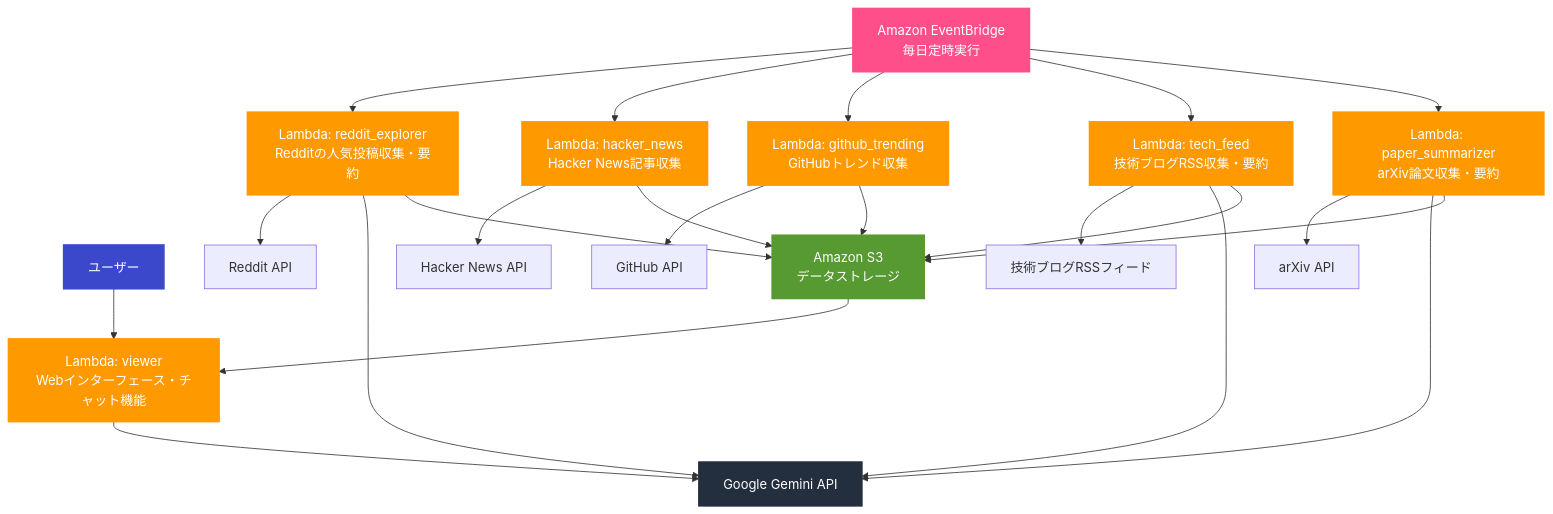
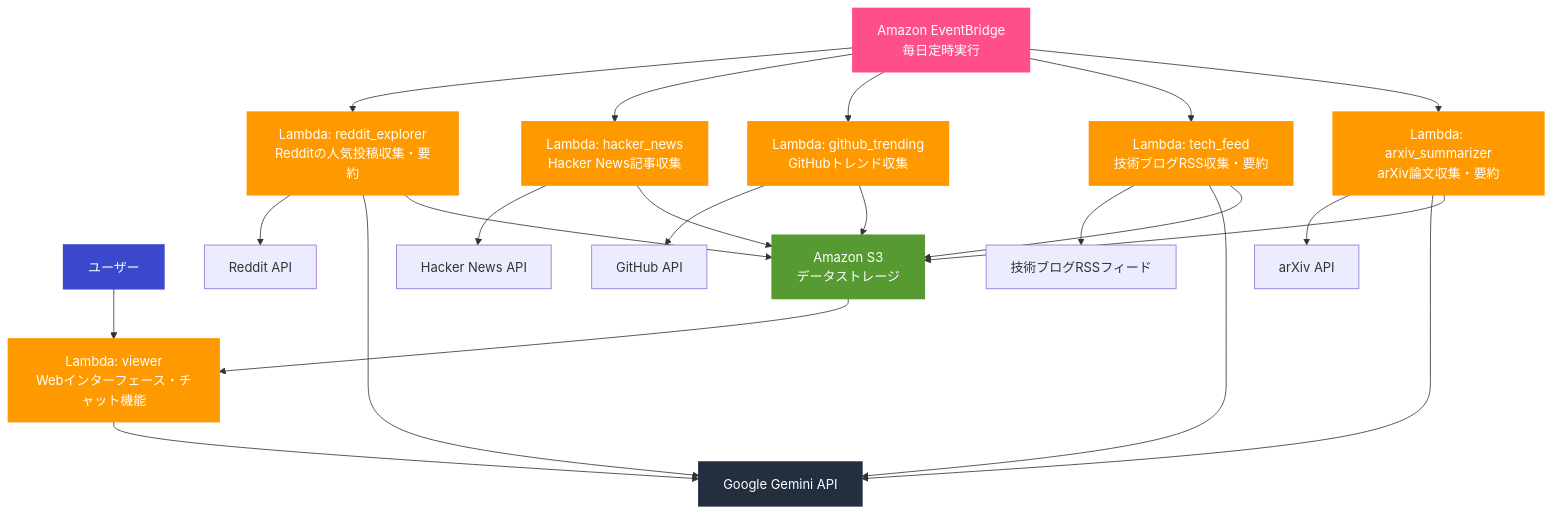
Before and after one commit to penpon/nook: the first of 2 diagrams in doc/detail_software_design.md, drawn with Mermaid. The commit also changed other lines of this file and 9 other files, not shown here.

First line of the commit message:
TASK-045: ArXivサービス名完全統一（paper_summarizer → arxiv_summarizer）

````diff
--- a/doc/detail_software_design.md
+++ b/doc/detail_software_design.md
@@ -34,57 +34,57 @@
 ```mermaid
 graph TD
     %% スタイル定義
     classDef lambdaStyle fill:#FF9900,stroke:#FF9900,stroke-width:2px,color:white;
     classDef s3Style fill:#569A31,stroke:#569A31,stroke-width:2px,color:white;
     classDef eventStyle fill:#FF4F8B,stroke:#FF4F8B,stroke-width:2px,color:white;
     classDef apiStyle fill:#232F3E,stroke:#232F3E,stroke-width:2px,color:white;
     classDef userStyle fill:#3B48CC,stroke:#3B48CC,stroke-width:2px,color:white;
 
     %% ノード定義
     User[ユーザー]:::userStyle
     EventBridge[Amazon EventBridge<br>毎日定時実行]:::eventStyle
     S3[Amazon S3<br>データストレージ]:::s3Style
     GeminiAPI[Google Gemini API]:::apiStyle
 
     %% Lambda関数
     RedditExplorer[Lambda: reddit_explorer<br>Redditの人気投稿収集・要約]:::lambdaStyle
     HackerNews[Lambda: hacker_news<br>Hacker News記事収集]:::lambdaStyle
     GitHubTrending[Lambda: github_trending<br>GitHubトレンド収集]:::lambdaStyle
     TechFeed[Lambda: tech_feed<br>技術ブログRSS収集・要約]:::lambdaStyle
-    PaperSummarizer[Lambda: paper_summarizer<br>arXiv論文収集・要約]:::lambdaStyle
+    ArxivSummarizer[Lambda: arxiv_summarizer<br>arXiv論文収集・要約]:::lambdaStyle
     Viewer[Lambda: viewer<br>Webインターフェース・チャット機能]:::lambdaStyle
 
     %% 外部情報源
     Reddit[Reddit API]
     HNSource[Hacker News API]
     GitHub[GitHub API]
     RSSFeeds[技術ブログRSSフィード]
     ArXiv[arXiv API]
 
     %% 接続関係
     EventBridge --> RedditExplorer
     EventBridge --> HackerNews
     EventBridge --> GitHubTrending
     EventBridge --> TechFeed
-    EventBridge --> PaperSummarizer
+    EventBridge --> ArxivSummarizer
 
     RedditExplorer --> Reddit
     HackerNews --> HNSource
     GitHubTrending --> GitHub
     TechFeed --> RSSFeeds
-    PaperSummarizer --> ArXiv
+    ArxivSummarizer --> ArXiv
 
     RedditExplorer --> GeminiAPI
     TechFeed --> GeminiAPI
-    PaperSummarizer --> GeminiAPI
+    ArxivSummarizer --> GeminiAPI
     Viewer --> GeminiAPI
 
     RedditExplorer --> S3
     HackerNews --> S3
     GitHubTrending --> S3
     TechFeed --> S3
-    PaperSummarizer --> S3
+    ArxivSummarizer --> S3
 
     S3 --> Viewer
     User --> Viewer
 ```
````
